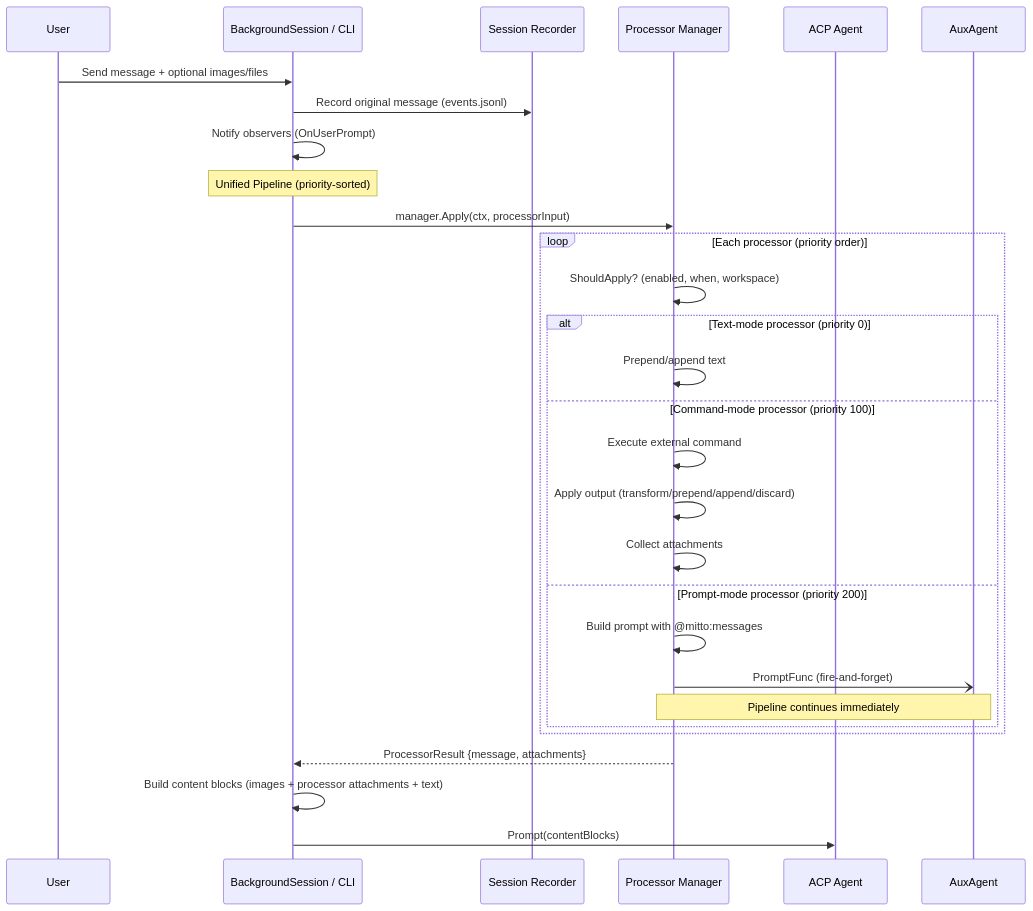
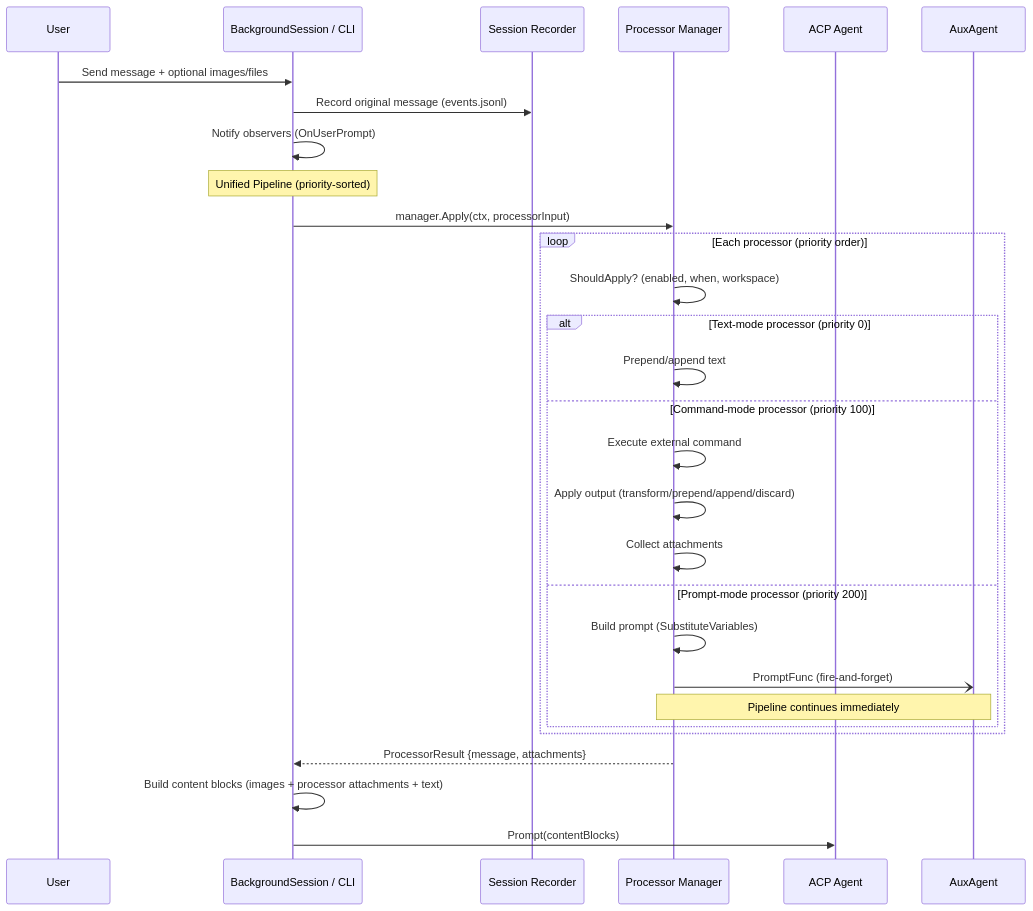
The first of 3 diagrams in docs/devel/processors.md (inercia/mitto), drawn with Mermaid before and after one commit. The commit also changed other lines of this file and 18 other files, not shown here.

````diff
--- a/docs/devel/processors.md
+++ b/docs/devel/processors.md
@@ -17,34 +17,34 @@
 ```mermaid
 sequenceDiagram
     participant User
     participant Session as BackgroundSession / CLI
     participant Rec as Session Recorder
     participant ProcMgr as Processor Manager
     participant ACP as ACP Agent
 
     User->>Session: Send message + optional images/files
     Session->>Rec: Record original message (events.jsonl)
     Session->>Session: Notify observers (OnUserPrompt)
 
     Note over Session: Unified Pipeline (priority-sorted)
     Session->>ProcMgr: manager.Apply(ctx, processorInput)
 
     loop Each processor (priority order)
         ProcMgr->>ProcMgr: ShouldApply? (enabled, when, workspace)
         alt Text-mode processor (priority 0)
             ProcMgr->>ProcMgr: Prepend/append text
         else Command-mode processor (priority 100)
             ProcMgr->>ProcMgr: Execute external command
             ProcMgr->>ProcMgr: Apply output (transform/prepend/append/discard)
             ProcMgr->>ProcMgr: Collect attachments
         else Prompt-mode processor (priority 200)
-            ProcMgr->>ProcMgr: Build prompt with @mitto:messages
+            ProcMgr->>ProcMgr: Build prompt (SubstituteVariables)
             ProcMgr-)AuxAgent: PromptFunc (fire-and-forget)
             Note over ProcMgr,AuxAgent: Pipeline continues immediately
         end
     end
     ProcMgr-->>Session: ProcessorResult {message, attachments}
 
     Session->>Session: Build content blocks (images + processor attachments + text)
     Session->>ACP: Prompt(contentBlocks)
 ```
````
